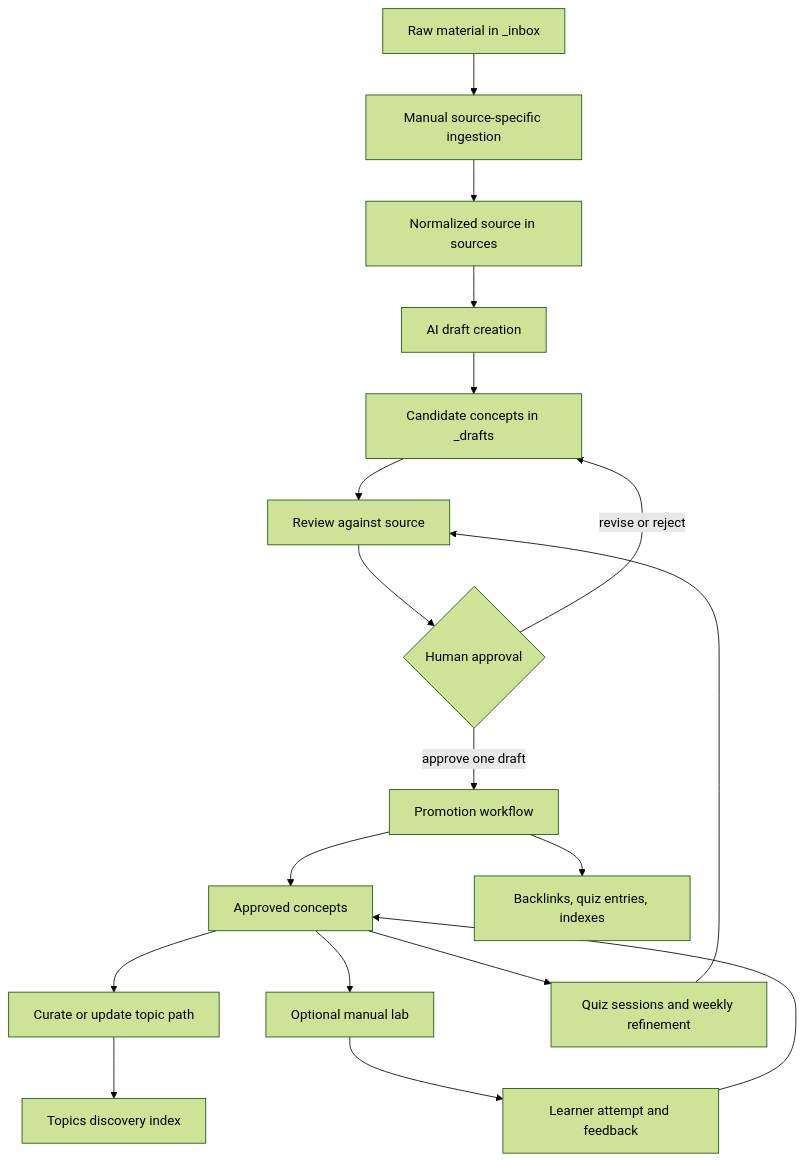
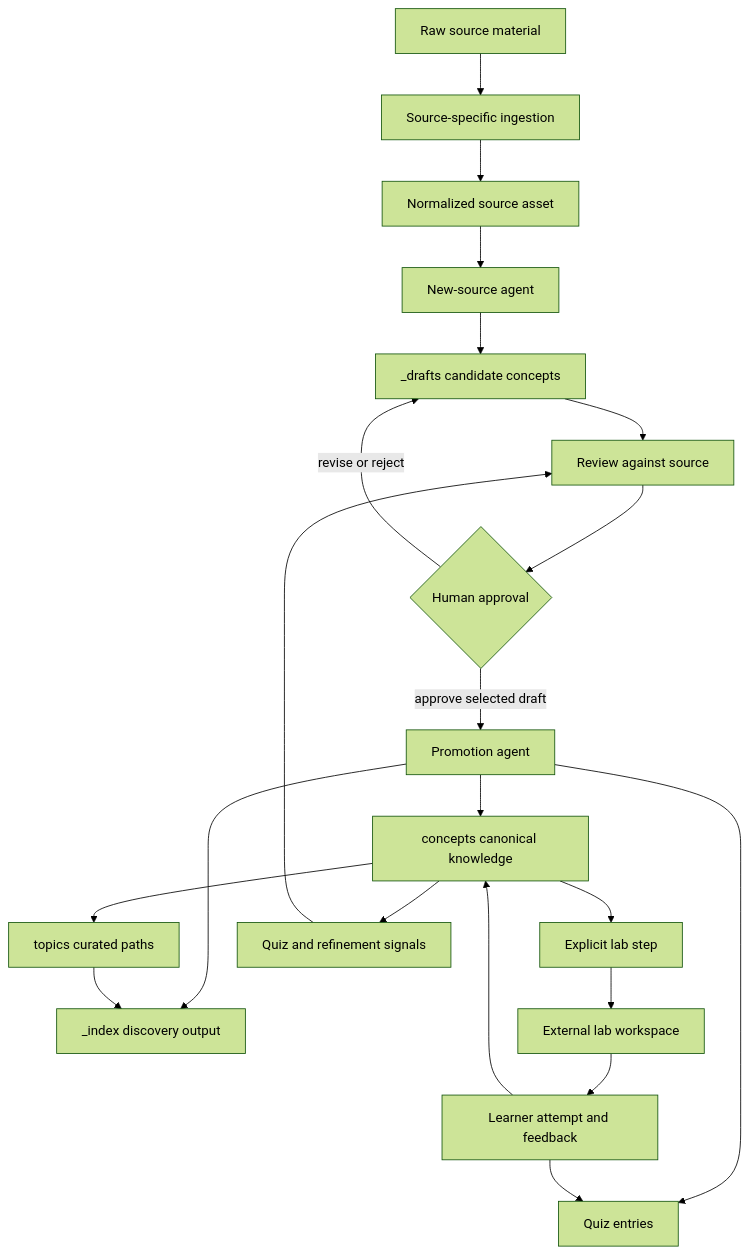
One commit to btceth9386-bot/study-vault changed the diagram in openwiki/workflows/knowledge-lifecycle.md. Above: the diagram before and after it, drawn with Mermaid (forest theme). The commit also changed other lines of this file and 10 other files, not shown here.

````diff
--- a/openwiki/workflows/knowledge-lifecycle.md
+++ b/openwiki/workflows/knowledge-lifecycle.md
@@ -43,20 +49,23 @@
 ```mermaid
 flowchart TD
-    Inbox["Raw material in _inbox"] --> Ingest["Manual source-specific ingestion"]
-    Ingest --> Source["Normalized source in sources"]
-    Source --> DraftAgent["AI draft creation"]
-    DraftAgent --> Drafts["Candidate concepts in _drafts"]
+    Intake["Raw source material"] --> Normalize["Source-specific ingestion"]
+    Normalize --> Source["Normalized source asset"]
+    Source --> Drafting["New-source agent"]
+    Drafting --> Drafts["_drafts candidate concepts"]
     Drafts --> Review["Review against source"]
     Review --> Decision{"Human approval"}
     Decision -->|"revise or reject"| Drafts
-    Decision -->|"approve one draft"| Promote["Promotion workflow"]
-    Promote --> Concepts["Approved concepts"]
-    Promote --> Relations["Backlinks, quiz entries, indexes"]
-    Concepts --> Topics["Curate or update topic path"]
-    Topics --> TopicIndex["Topics discovery index"]
-    Concepts --> Lab["Optional manual lab"]
-    Lab --> LabReview["Learner attempt and feedback"]
+    Decision -->|"approve selected draft"| Promote["Promotion agent"]
+    Promote --> Concepts["concepts canonical knowledge"]
+    Promote --> Quiz["Quiz entries"]
+    Promote --> Indexes["_index discovery output"]
+    Concepts --> Topics["topics curated paths"]
+    Topics --> Indexes
+    Concepts --> Lab["Explicit lab step"]
+    Lab --> External["External lab workspace"]
+    External --> LabReview["Learner attempt and feedback"]
+    LabReview --> Quiz
     LabReview --> Concepts
-    Concepts --> Retention["Quiz sessions and weekly refinement"]
+    Concepts --> Retention["Quiz and refinement signals"]
     Retention --> Review
 ```
````
